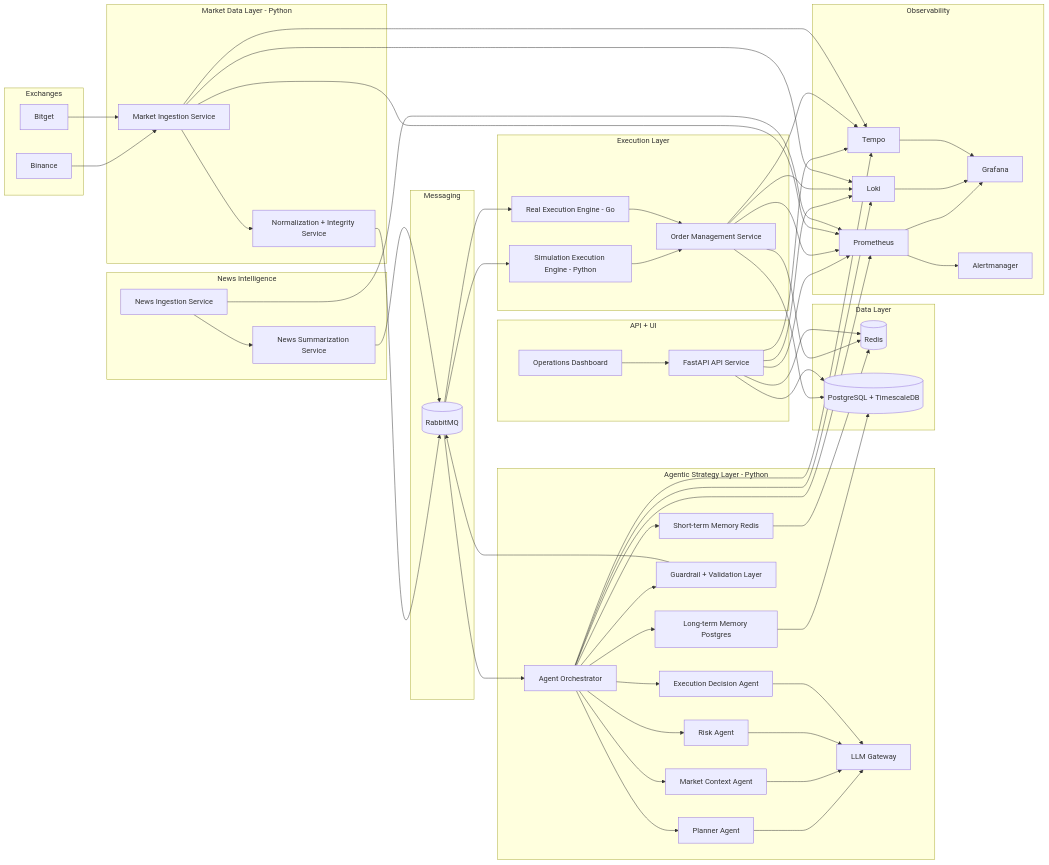
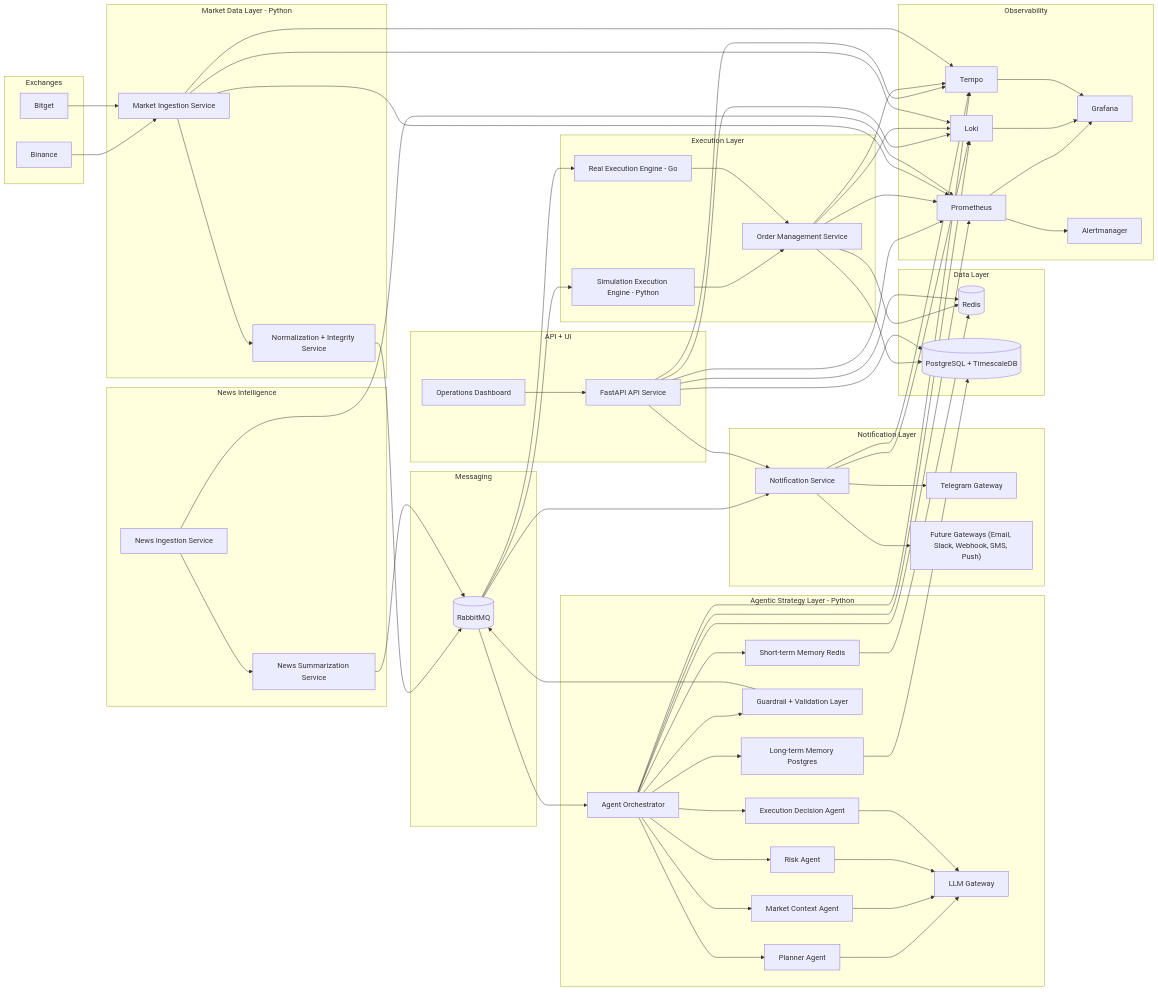
The first of 5 diagrams in docs/ARD_Consolidated.md (kaiqiangh/openTrader), drawn with Mermaid before and after one commit. The commit also changed other lines of this file and 4 other files, not shown here.

Commit message:
feat: enhance notification architecture with Telegram integration and extensible delivery system

```diff
--- a/docs/ARD_Consolidated.md
+++ b/docs/ARD_Consolidated.md
@@ -86,6 +88,12 @@
         NEWSS[News Summarization Service]
     end
 
+    subgraph NotifyLayer[Notification Layer]
+        NOTIFY[Notification Service]
+        TGW[Telegram Gateway]
+        FUTUREGW["Future Gateways (Email, Slack, Webhook, SMS, Push)"]
+    end
+
     subgraph DataLayer[Data Layer]
         REDIS[(Redis)]
         PG[(PostgreSQL + TimescaleDB)]
@@ -111,6 +119,10 @@
 
     NEWSI --> NEWSS
     NEWSS --> RMQ
+
+    RMQ --> NOTIFY
+    NOTIFY --> TGW
+    NOTIFY --> FUTUREGW
 
     RMQ --> ORCH
     ORCH --> PLANNER
@@ -140,6 +152,7 @@
     API --> PG
     API --> REDIS
     UI --> API
+    API --> NOTIFY
 
     API --> PROM
     ORCH --> PROM
@@ -151,11 +164,13 @@
     ORCH --> LOKI
     OMS --> LOKI
     ING --> LOKI
+    NOTIFY --> LOKI
 
     API --> TEMPO
     ORCH --> TEMPO
     OMS --> TEMPO
     ING --> TEMPO
+    NOTIFY --> TEMPO
 
     PROM --> ALERT
     PROM --> GRAF
```
